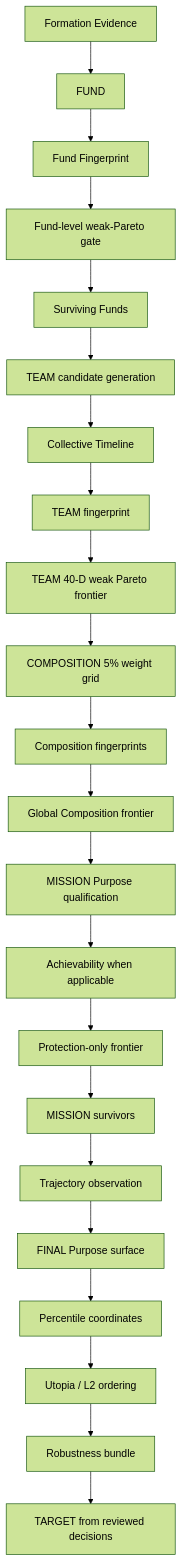
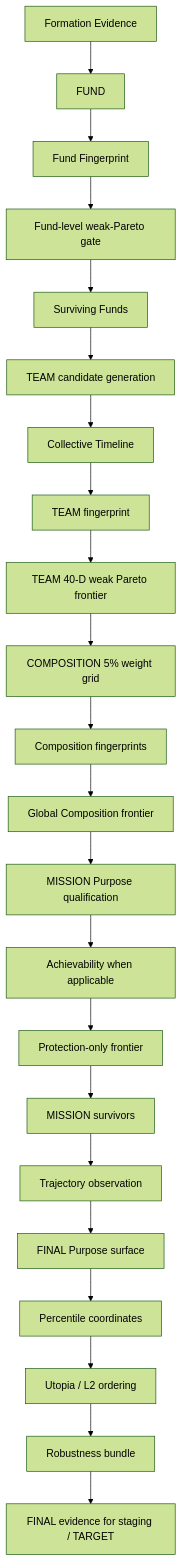
Before and after one commit to rrajeshkannan/lakshya: the third of 13 diagrams in docs/Lakshya_Pipeline_Sequence.md, drawn with Mermaid (forest theme). The commit also changed other lines of this file, not shown here.

Commit message:
Update execution sequence and remove obsolete family validation

````diff
--- a/docs/Lakshya_Pipeline_Sequence.md
+++ b/docs/Lakshya_Pipeline_Sequence.md
@@ -259,24 +262,24 @@
 ```mermaid
 flowchart TD
     A[Formation Evidence] --> B[FUND]
     B --> C[Fund Fingerprint]
     C --> D[Fund-level weak-Pareto gate]
     D --> E[Surviving Funds]
     E --> F[TEAM candidate generation]
     F --> G[Collective Timeline]
     G --> H[TEAM fingerprint]
     H --> I[TEAM 40-D weak Pareto frontier]
     I --> J[COMPOSITION 5% weight grid]
     J --> K[Composition fingerprints]
     K --> L[Global Composition frontier]
     L --> M[MISSION Purpose qualification]
     M --> N[Achievability when applicable]
     N --> O[Protection-only frontier]
     O --> P[MISSION survivors]
     P --> Q[Trajectory observation]
     Q --> R[FINAL Purpose surface]
     R --> S[Percentile coordinates]
     S --> T[Utopia / L2 ordering]
     T --> U[Robustness bundle]
-    U --> V[TARGET from reviewed decisions]
+    U --> V[FINAL evidence for staging / TARGET]
 ```
````
